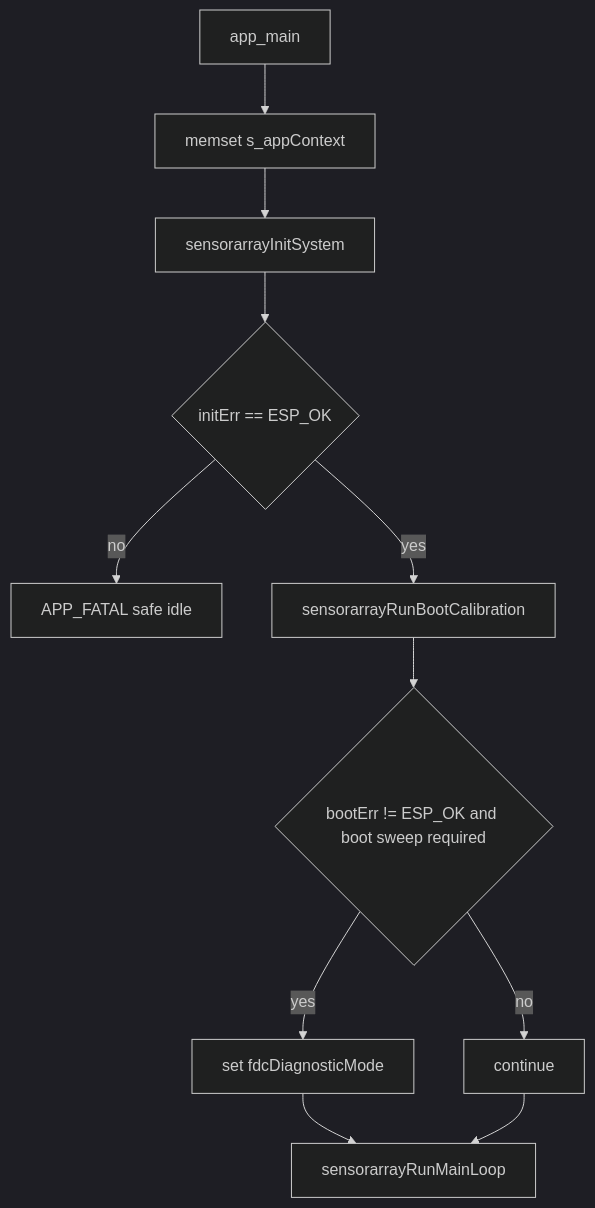
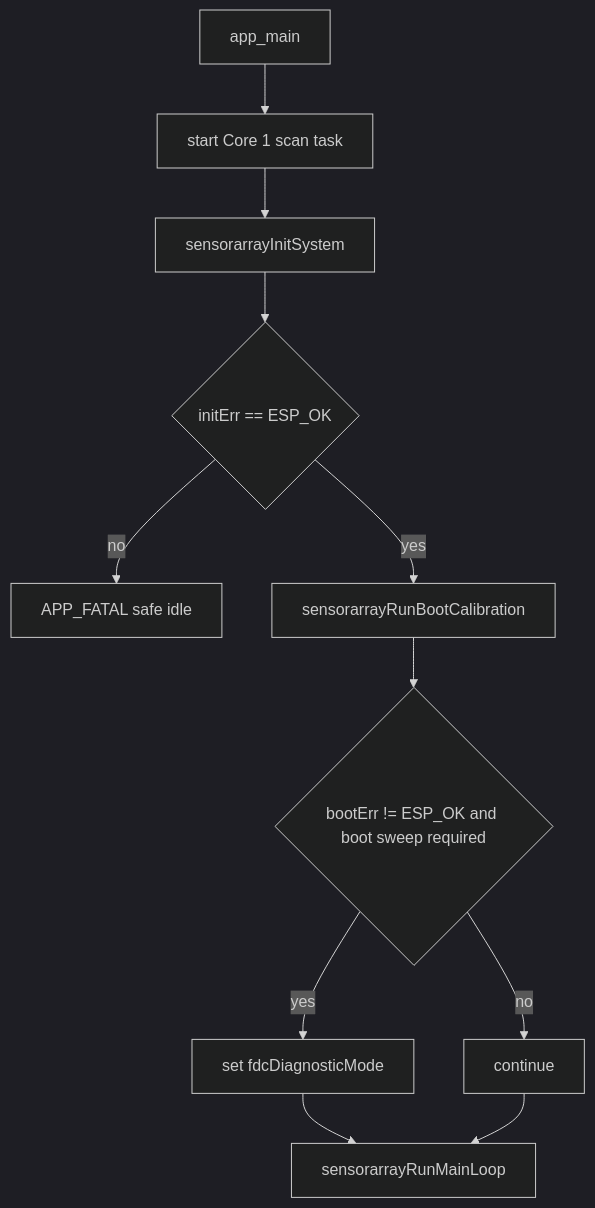
The diagram in main/README.md (ErrorChen/SensorArray), drawn with Mermaid (dark theme) before and after one commit. The commit also changed other lines of this file and 64 other files, not shown here.

````diff
--- a/main/README.md
+++ b/main/README.md
@@ -50,13 +60,13 @@
 ```mermaid
 flowchart TD
-    A[app_main] --> B[memset s_appContext]
+    A[app_main] --> B[start Core 1 scan task]
     B --> C[sensorarrayInitSystem]
     C --> D{initErr == ESP_OK}
     D -- no --> E[APP_FATAL safe idle]
     D -- yes --> F[sensorarrayRunBootCalibration]
     F --> G{bootErr != ESP_OK and boot sweep required}
     G -- yes --> H[set fdcDiagnosticMode]
     G -- no --> I[continue]
     H --> J[sensorarrayRunMainLoop]
     I --> J
 ```
````
